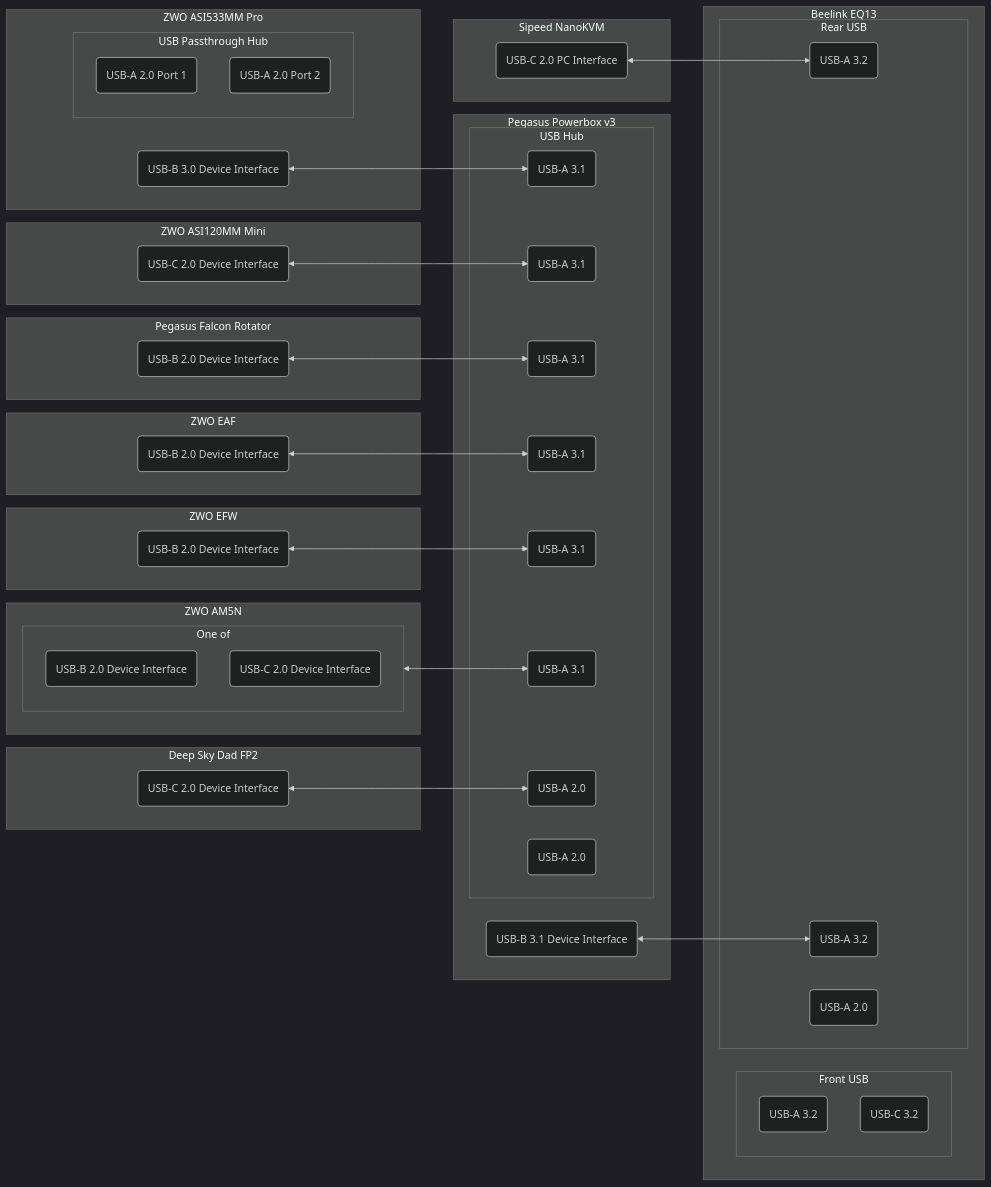
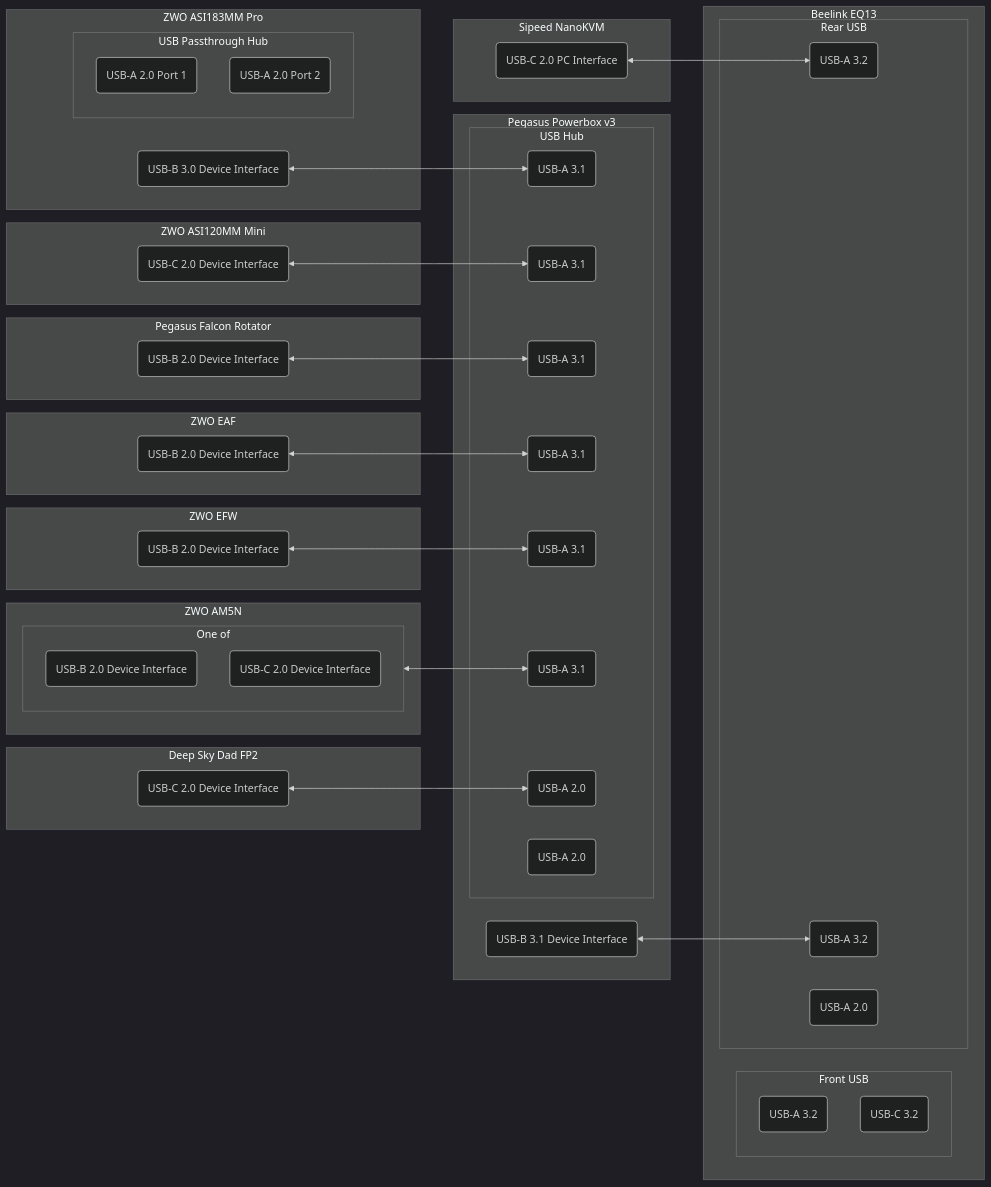
Before and after one commit to USA-RedDragon/mercury-remote-observatory: the diagram in src/diagrams/usb.md, drawn with Mermaid (dark theme). The commit also changed 37 other files, not shown here.

````diff
--- a/src/diagrams/usb.md
+++ b/src/diagrams/usb.md
@@ -3,67 +3,67 @@
 ```mermaid
 graph LR;
-    subgraph main-camera [ZWO ASI533MM Pro]
+    subgraph main-camera [ZWO ASI183MM Pro]
         main-camera-usb(USB-B 3.0 Device Interface);
         subgraph main-camera-hub [USB Passthrough Hub]
             main-camera-hub-usb-1(USB-A 2.0 Port 1);
             main-camera-hub-usb-2(USB-A 2.0 Port 2);
         end
     end
     subgraph guide-camera [ZWO ASI120MM Mini]
         guide-camera-usb(USB-C 2.0 Device Interface);
     end
     subgraph rotator [Pegasus Falcon Rotator]
         rotator-usb(USB-B 2.0 Device Interface);
     end
     subgraph focuser [ZWO EAF]
         focuser-usb(USB-B 2.0 Device Interface);
     end
     subgraph filter-wheel [ZWO EFW]
         filter-wheel-usb(USB-B 2.0 Device Interface);
     end
     subgraph mount [ZWO AM5N]
         subgraph mount-one-of [One of]
             mount-usb-b(USB-B 2.0 Device Interface);
             mount-usb-c(USB-C 2.0 Device Interface);
         end
     end
     subgraph flat-flap [Deep Sky Dad FP2]
         flat-flap-usb(USB-C 2.0 Device Interface);
     end
     subgraph kvm [Sipeed NanoKVM]
         kvm-usb(USB-C 2.0 PC Interface);
     end
     subgraph pc [Beelink EQ13]
         subgraph pc-front-usb [Front USB]
             pc-front-usb-a(USB-A 3.2);
             pc-front-usb-c(USB-C 3.2);
         end
         subgraph pc-rear-usb [Rear USB]
             pc-rear-usb-a-1(USB-A 3.2);
             pc-rear-usb-a-2(USB-A 3.2);
             pc-rear-usb-a-2.0(USB-A 2.0);
         end
     end
     subgraph powerbox [Pegasus Powerbox v3]
         powerbox-usb-in(USB-B 3.1 Device Interface);
         subgraph powerbox-usb-out [USB Hub]
             powerbox-usb-out-1(USB-A 3.1);
             powerbox-usb-out-2(USB-A 3.1);
             powerbox-usb-out-3(USB-A 3.1);
             powerbox-usb-out-4(USB-A 3.1);
             powerbox-usb-out-5(USB-A 3.1);
             powerbox-usb-out-6(USB-A 3.1);
             powerbox-usb-out-7(USB-A 2.0);
             powerbox-usb-out-8(USB-A 2.0);
         end
     end
     main-camera-usb<-->powerbox-usb-out-1;
     guide-camera-usb<-->powerbox-usb-out-2;
     rotator-usb<-->powerbox-usb-out-3;
     focuser-usb<-->powerbox-usb-out-4;
     filter-wheel-usb<-->powerbox-usb-out-5;
     mount-one-of<-->powerbox-usb-out-6;
     flat-flap-usb<-->powerbox-usb-out-7;
     kvm-usb<-->pc-rear-usb-a-1;
     powerbox-usb-in<-->pc-rear-usb-a-2;
 ```
````
